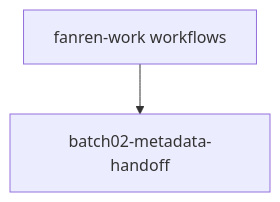
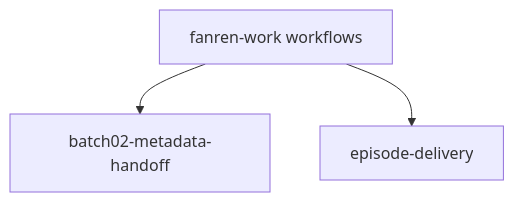
One commit to CF-FE/fanren-work changed the first of 2 diagrams in workflows/README.md. Above: the diagram before and after it, drawn with Mermaid. The commit also changed other lines of this file and 5 other files, not shown here.

````diff
--- a/workflows/README.md
+++ b/workflows/README.md
@@ -8,4 +8,8 @@
 ```mermaid
 flowchart TD
-    project["fanren-work workflows"] --> batch02["batch02-metadata-handoff"]
+    project["fanren-work workflows"]
+    f0["batch02-metadata-handoff"]
+    project --> f0
+    f1["episode-delivery"]
+    project --> f1
 ```
````
